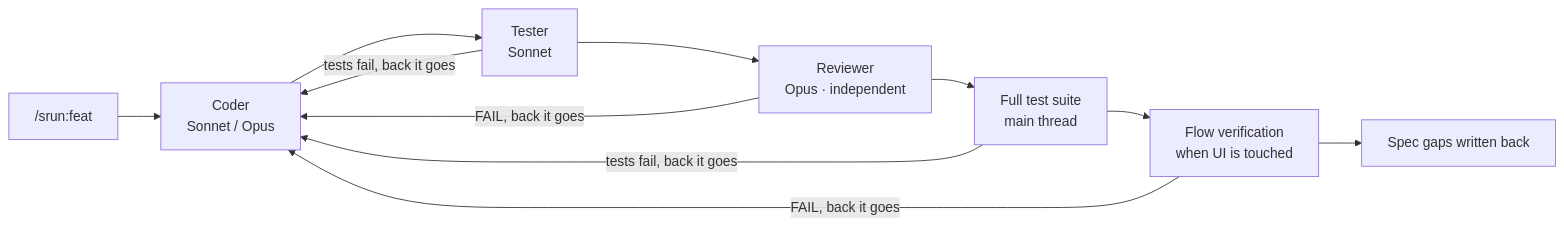
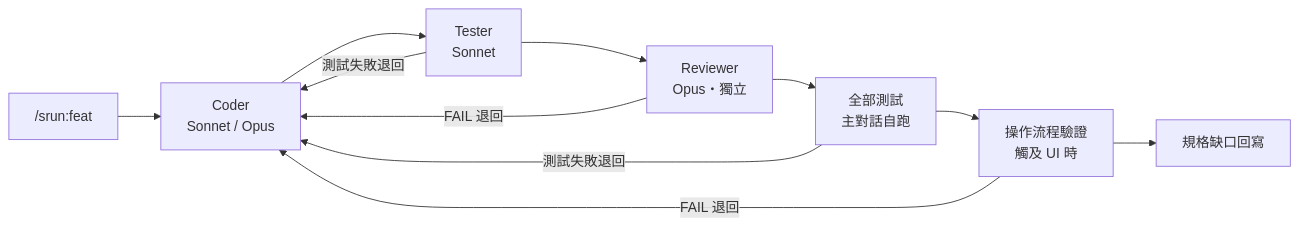
Before and after one commit to jay123578951/specrun: the second of 2 diagrams in README.md, drawn with Mermaid. The commit also changed other lines of this file and 1 other file, not shown here.

````diff
--- a/README.md
+++ b/README.md
@@ -33,13 +31,13 @@
 ```mermaid
 flowchart LR
     A["/srun:feat"] --> Coder
     Coder["Coder<br/>Sonnet / Opus"] --> Tester["Tester<br/>Sonnet"]
-    Tester -- "tests fail, back it goes" --> Coder
-    Tester --> Reviewer["Reviewer<br/>Opus · independent"]
-    Reviewer -- "FAIL, back it goes" --> Coder
-    Reviewer --> Full["Full test suite<br/>main thread"]
-    Full -- "tests fail, back it goes" --> Coder
-    Full --> Verify["Flow verification<br/>when UI is touched"]
-    Verify -- "FAIL, back it goes" --> Coder
-    Verify --> Gap["Spec gaps written back"]
+    Tester -- "測試失敗退回" --> Coder
+    Tester --> Reviewer["Reviewer<br/>Opus・獨立"]
+    Reviewer -- "FAIL 退回" --> Coder
+    Reviewer --> Full["全部測試<br/>主對話自跑"]
+    Full -- "測試失敗退回" --> Coder
+    Full --> Verify["操作流程驗證<br/>觸及 UI 時"]
+    Verify -- "FAIL 退回" --> Coder
+    Verify --> Gap["規格缺口回寫"]
 ```
````
